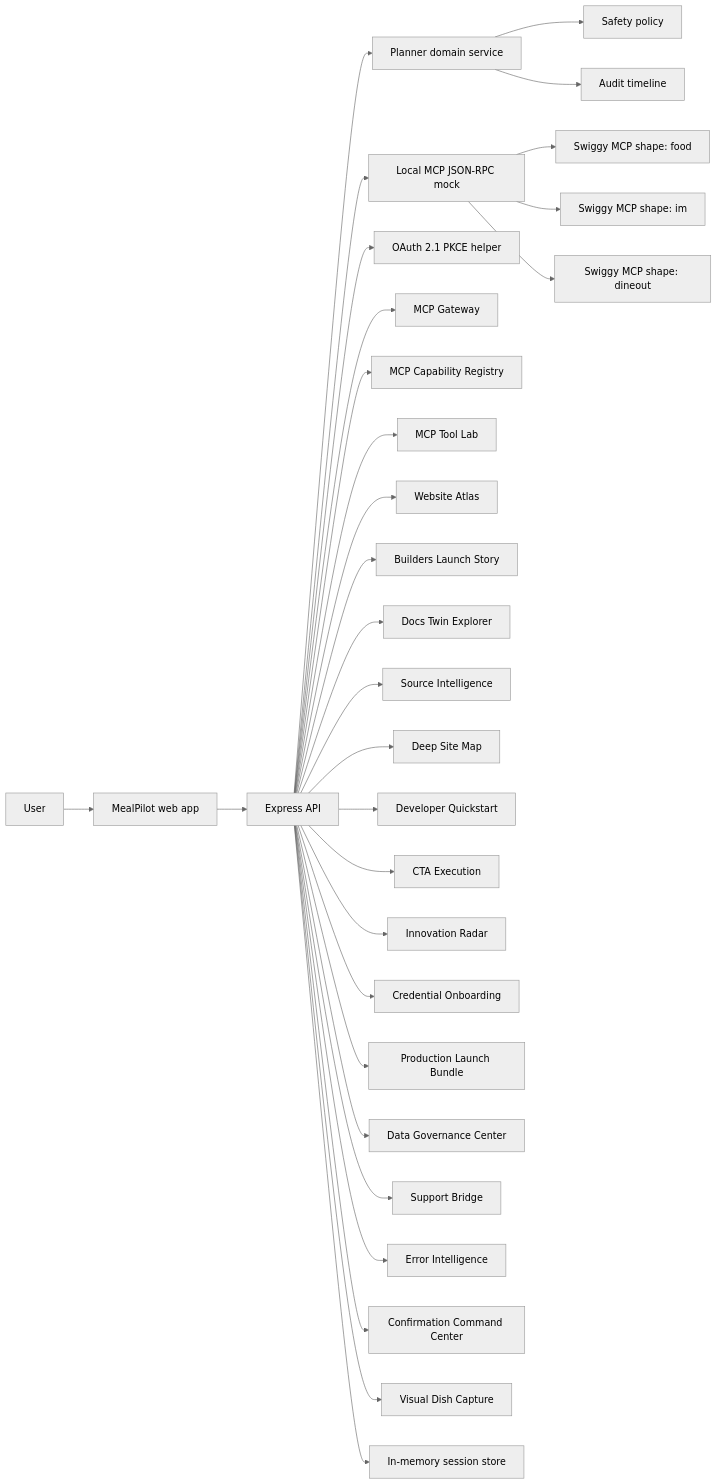
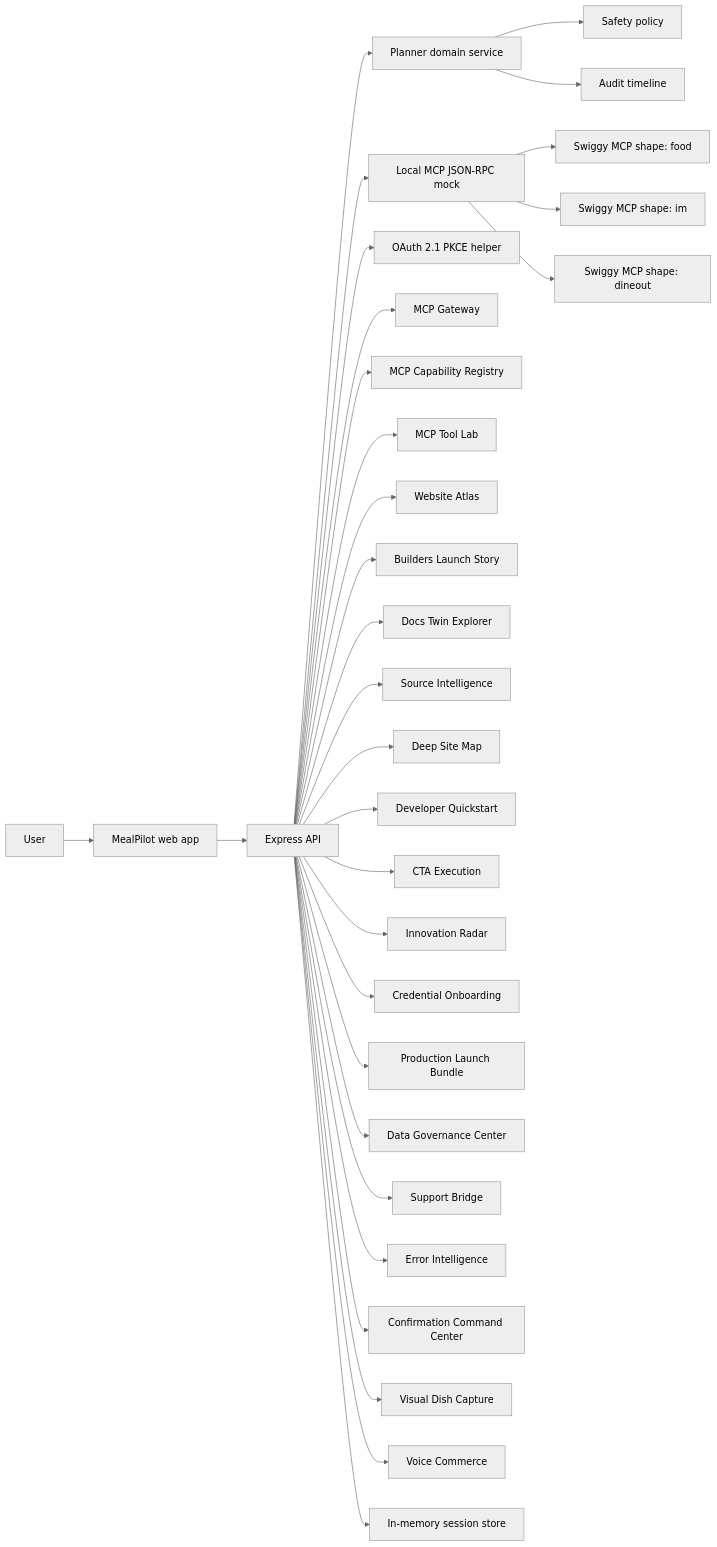
The diagram in docs/architecture.md (Farhankhan0128/MealPilot), drawn with Mermaid (neutral theme) before and after one commit. The commit also changed other lines of this file and 21 other files, not shown here.

Commit message:
Add Swiggy voice commerce rehearsal center

````diff
--- a/docs/architecture.md
+++ b/docs/architecture.md
@@ -7,32 +7,33 @@
 ```mermaid
 flowchart LR
   U["User"] --> UI["MealPilot web app"]
   UI --> API["Express API"]
   API --> Planner["Planner domain service"]
   Planner --> Safety["Safety policy"]
   API --> Mock["Local MCP JSON-RPC mock"]
   API --> Auth["OAuth 2.1 PKCE helper"]
   API --> Gateway["MCP Gateway"]
   API --> Registry["MCP Capability Registry"]
   API --> ToolLab["MCP Tool Lab"]
   API --> Atlas["Website Atlas"]
   API --> Story["Builders Launch Story"]
   API --> DocsTwin["Docs Twin Explorer"]
   API --> SourceIntel["Source Intelligence"]
   API --> DeepMap["Deep Site Map"]
   API --> DevQuick["Developer Quickstart"]
   API --> CtaExec["CTA Execution"]
   API --> Innovation["Innovation Radar"]
   API --> Credential["Credential Onboarding"]
   API --> Launch["Production Launch Bundle"]
   API --> DataGov["Data Governance Center"]
   API --> Support["Support Bridge"]
   API --> Errors["Error Intelligence"]
   API --> ConfirmCmd["Confirmation Command Center"]
   API --> DishCapture["Visual Dish Capture"]
+  API --> VoiceCommerce["Voice Commerce"]
   Mock --> Food["Swiggy MCP shape: food"]
   Mock --> IM["Swiggy MCP shape: im"]
   Mock --> Dineout["Swiggy MCP shape: dineout"]
   API --> Store["In-memory session store"]
   Planner --> Obs["Audit timeline"]
 ```
````
